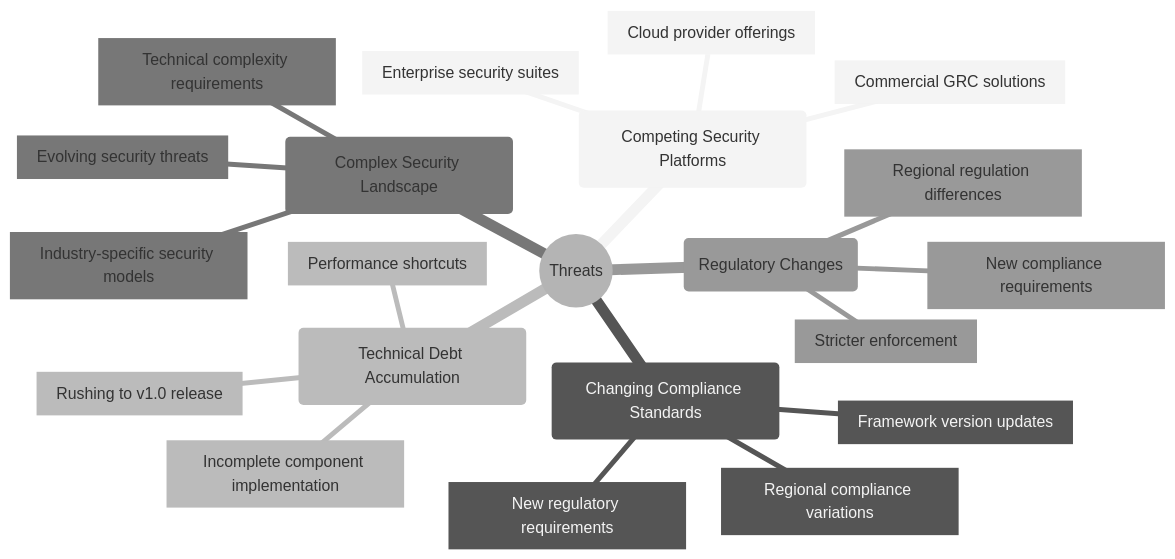
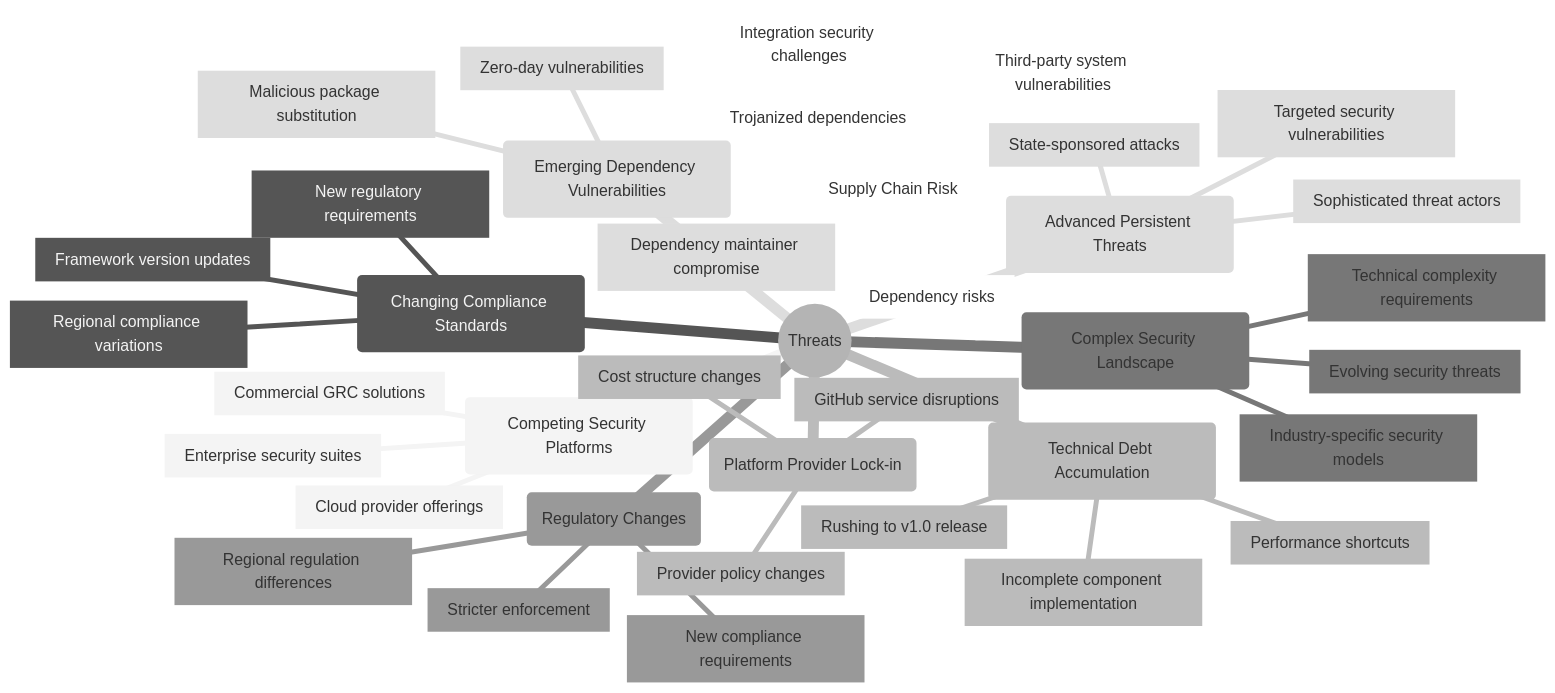
The sixth of 7 diagrams in docs/architecture/SWOT.md (Hack23/cia-compliance-manager), drawn with Mermaid (neutral theme) before and after one commit. The commit also changed other lines of this file, not shown here.

Commit message:
feat(SWOT): expand SWOT analysis with additional strengths, weaknesses, opportunities, and threats

````diff
--- a/docs/architecture/SWOT.md
+++ b/docs/architecture/SWOT.md
@@ -265,24 +361,41 @@
 ```mermaid
 mindmap
   root((Threats))
     id1(Competing Security Platforms)
       id1.1[Commercial GRC solutions]
       id1.2[Enterprise security suites]
       id1.3[Cloud provider offerings]
     id2(Changing Compliance Standards)
       id2.1[Framework version updates]
       id2.2[New regulatory requirements]
       id2.3[Regional compliance variations]
     id3(Technical Debt Accumulation)
       id3.1[Rushing to v1.0 release]
       id3.2[Incomplete component implementation]
       id3.3[Performance shortcuts]
     id4(Complex Security Landscape)
       id4.1[Evolving security threats]
       id4.2[Industry-specific security models]
       id4.3[Technical complexity requirements]
     id5(Regulatory Changes)
       id5.1[New compliance requirements]
       id5.2[Regional regulation differences]
       id5.3[Stricter enforcement]
+    id6(Advanced Persistent Threats)
+      id6.1[State-sponsored attacks]
+      id6.2[Sophisticated threat actors]
+      id6.3[Targeted security vulnerabilities]
+    id7(Supply Chain Risk)
+      id7.1[Third-party system vulnerabilities]
+      id7.2[Dependency risks]
+      id7.3[Integration security challenges]
+      id7.4[Trojanized dependencies]
+    id8(Emerging Dependency Vulnerabilities)
+      id8.1[Zero-day vulnerabilities]
+      id8.2[Dependency maintainer compromise]
+      id8.3[Malicious package substitution]
+    id9(Platform Provider Lock-in)
+      id9.1[GitHub service disruptions]
+      id9.2[Provider policy changes]
+      id9.3[Cost structure changes]
 ```
````
